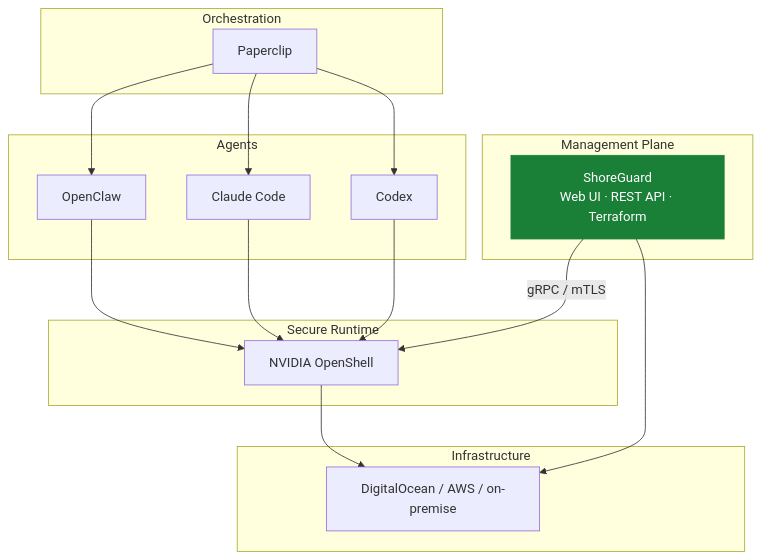
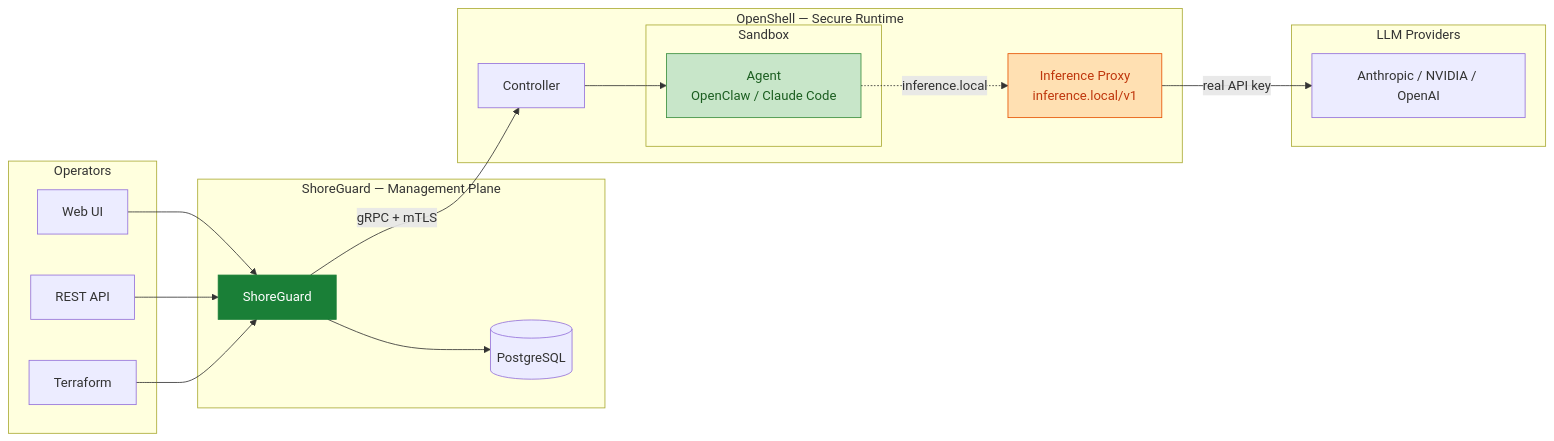
One commit to FloHofstetter/shoreguard changed the diagram in README.md. Above: the diagram before and after it, drawn with Mermaid. The commit also changed other lines of this file, not shown here.

First line of the commit message:
docs: redesign README with updated architecture and sandbox vision

````diff
--- a/README.md
+++ b/README.md
@@ -35,32 +17,40 @@
 ```mermaid
-graph TB
-    subgraph Orchestration
-        PC[Paperclip]
-    end
-    subgraph Agents
-        OC[OpenClaw]
-        CC[Claude Code]
-        CX[Codex]
-    end
-    subgraph Secure Runtime
-        OS[NVIDIA OpenShell]
-    end
-    subgraph Management Plane
-        SG["ShoreGuard<br/>Web UI · REST API · Terraform"]
-    end
-    subgraph Infrastructure
-        DO[DigitalOcean / AWS / on-premise]
+graph LR
+    subgraph Operators
+        UI["Web UI"]
+        API["REST API"]
+        TF["Terraform"]
     end
 
-    PC --> OC
-    PC --> CC
-    PC --> CX
-    OC --> OS
-    CC --> OS
-    CX --> OS
-    SG -- "gRPC / mTLS" --> OS
-    OS --> DO
-    SG --> DO
+    subgraph "ShoreGuard — Management Plane"
+        SG["ShoreGuard"]
+        DB[("PostgreSQL")]
+    end
+
+    subgraph "OpenShell — Secure Runtime"
+        OS["Controller"]
+
+        subgraph "Sandbox"
+            Agent["Agent<br/>OpenClaw / Claude Code"]
+        end
+
+        Proxy["Inference Proxy<br/>inference.local/v1"]
+    end
+
+    subgraph "LLM Providers"
+        LLM["Anthropic / NVIDIA / OpenAI"]
+    end
+
+    UI --> SG
+    API --> SG
+    TF --> SG
+    SG --> DB
+    SG -- "gRPC + mTLS" --> OS
+    OS --> Agent
+    Agent -. "inference.local" .-> Proxy
+    Proxy -- "real API key" --> LLM
 
     style SG fill:#1a7f37,color:#fff,stroke:#1a7f37
+    style Agent fill:#c8e6c9,stroke:#388e3c,color:#1b5e20
+    style Proxy fill:#ffe0b2,stroke:#e65100,color:#bf360c
 ```
````
